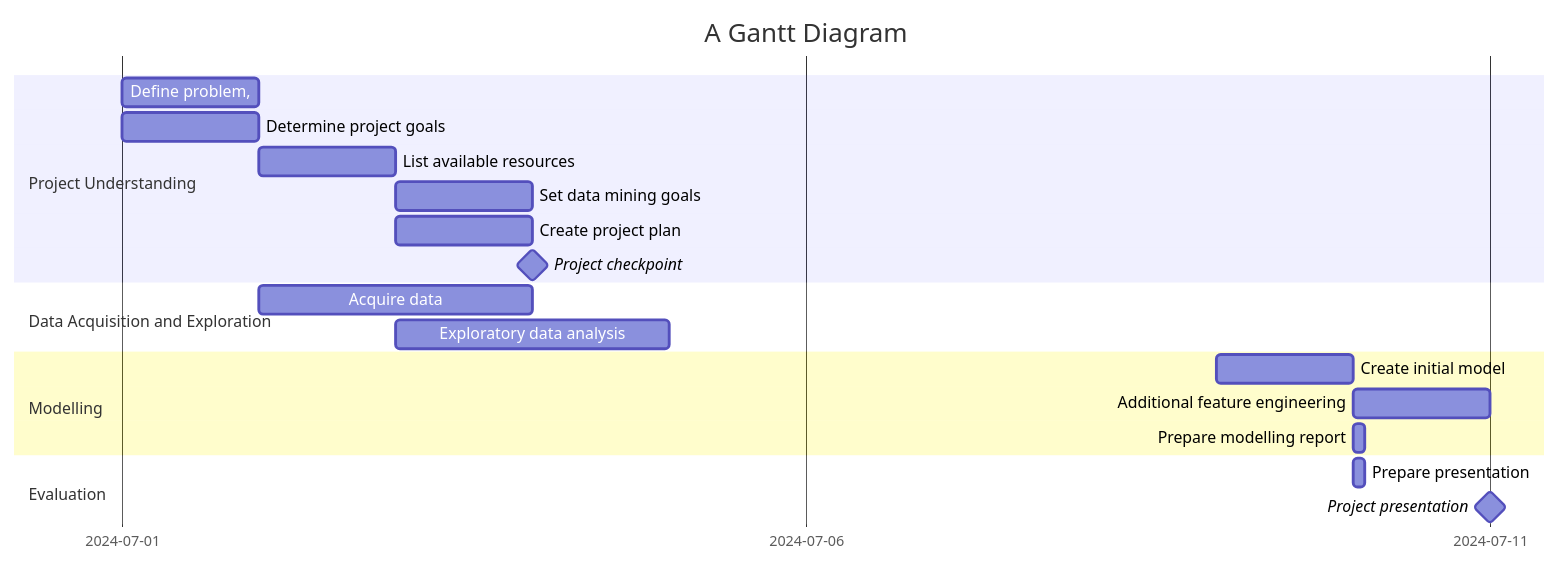
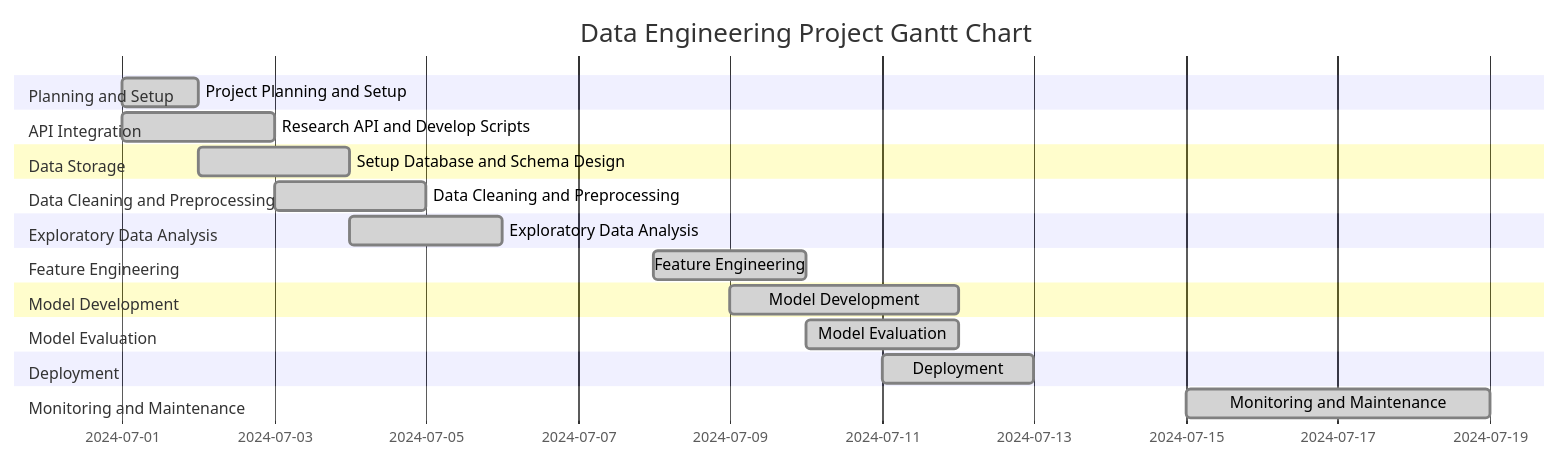
One commit to wipflu1/daai-gg-flatfox changed the diagram in docs/project_charta_template.md. Above: the diagram before and after it, drawn with Mermaid. The commit also changed other lines of this file and 5 other files, not shown here.

Commit message:
First version of charta

````diff
--- a/docs/project_charta_template.md
+++ b/docs/project_charta_template.md
@@ -38,24 +34,26 @@
 ```mermaid
 gantt
-    title A Gantt Diagram
-    dateFormat YYYY-MM-DD
-    tickInterval 5day
-    section Project Understanding
-        Define problem,     :a1, 2024-07-01, 1d
-        Determine project goals     :a2, 2024-07-01, 1d
-        List available resources     :a3, 2024-07-02, 1d
-        Set data mining goals    :a4, 2024-07-03, 1d
-        Create project plan    :a5, 2024-07-03, 1d
-        Project checkpoint: milestone, m1, 2024-07-04, 4m
-    section Data Acquisition and Exploration
-        Acquire data :a6, 2024-07-02, 2d
-        Exploratory data analysis   :a7, 2024-07-03, 2d
-        
-    section Modelling
-        Create initial model   :a8, 2024-07-09, 1d
-        Additional feature engineering :a9, 2024-07-10, 1d
-        Prepare modelling report :a10, 2024-07-10, 2h
-    section Evaluation
-        Prepare presentation :a10, 2024-07-10, 2h
-        Project presentation : milestone, m2, 2024-07-11, 4m
+    title Data Engineering Project Gantt Chart
+    dateFormat  YYYY-MM-DD
+    section Planning and Setup
+    Project Planning and Setup          :done, 2024-07-01, 1d
+    section API Integration
+    Research API and Develop Scripts    :done, 2024-07-01, 2d
+    section Data Storage
+    Setup Database and Schema Design    :done, 2024-07-02, 2d
+    section Data Cleaning and Preprocessing
+    Data Cleaning and Preprocessing     :done, 2024-07-03, 2d
+    section Exploratory Data Analysis
+    Exploratory Data Analysis           :done, 2024-07-04, 2d
+    section Feature Engineering
+    Feature Engineering                 :done, 2024-07-08, 2d
+    section Model Development
+    Model Development                   :done, 2024-07-09, 3d
+    section Model Evaluation
+    Model Evaluation                    :done, 2024-07-10, 2d
+    section Deployment
+    Deployment                          :done, 2024-07-11, 2d
+    section Monitoring and Maintenance
+    Monitoring and Maintenance          :done, 2024-07-15, 4d
+
 ```
````
